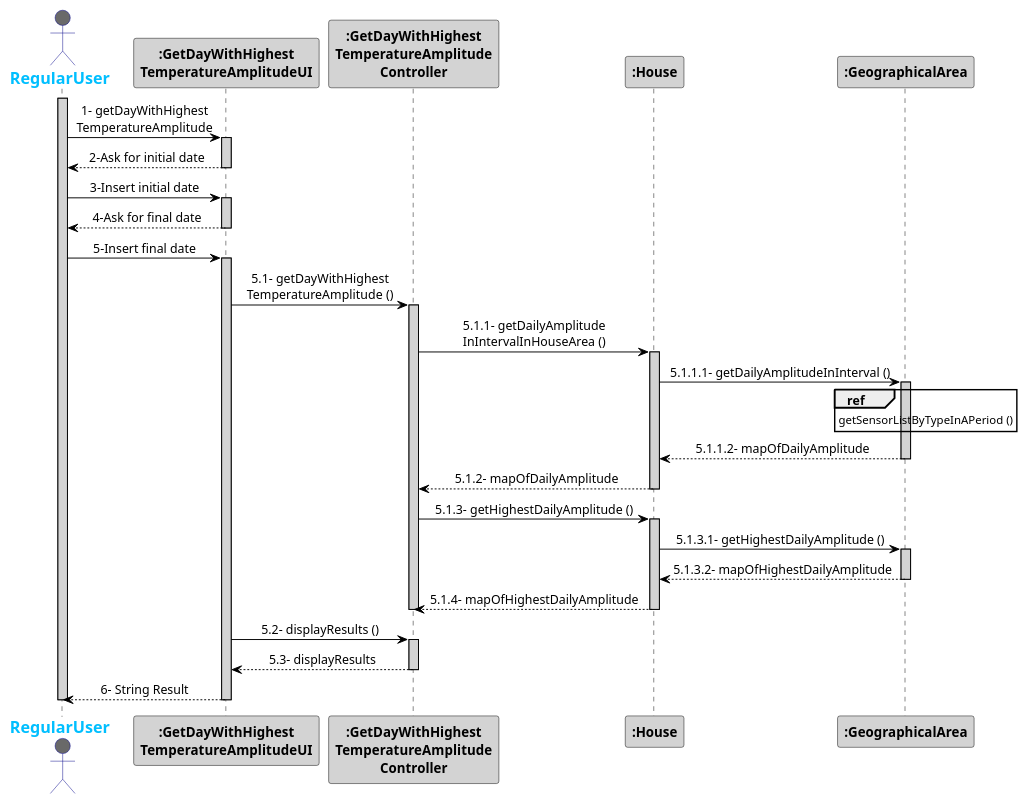
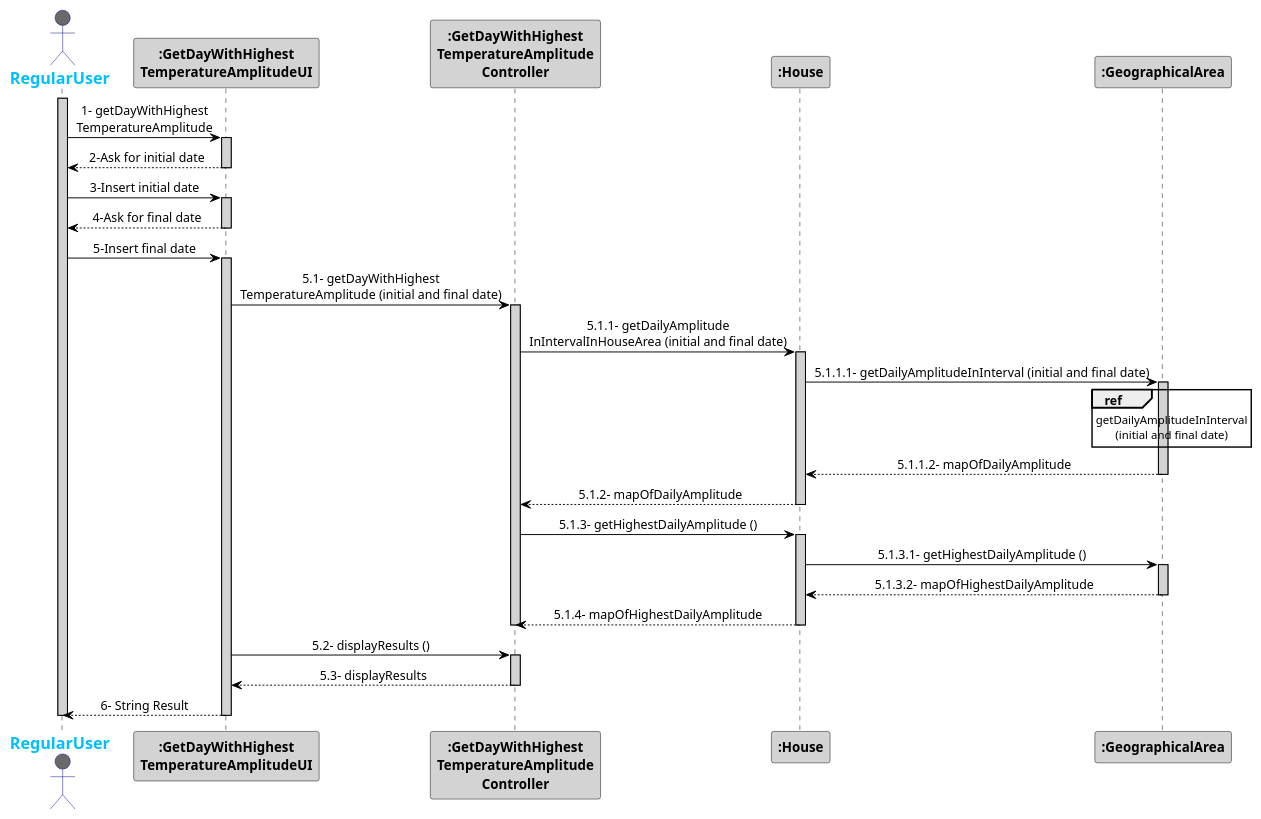
One commit to 1181687/hateoasToy changed the diagram in src/main/java/pt/ipp/isep/dei/project/controllers/getdaywithhighesttemperatureamplitudecontroller/SD_getDayWithHighestTemperatureAmplitude.puml. Above: the diagram before and after it, drawn with PlantUML. The commit also changed 6 other files, not shown here.

Commit message:
Fomatting changes to Sequence Diagrams and US files

```diff
--- a/src/main/java/pt/ipp/isep/dei/project/controllers/getdaywithhighesttemperatureamplitudecontroller/SD_getDayWithHighestTemperatureAmplitude.puml
+++ b/src/main/java/pt/ipp/isep/dei/project/controllers/getdaywithhighesttemperatureamplitudecontroller/SD_getDayWithHighestTemperatureAmplitude.puml
@@ -1,63 +1,64 @@
 @startuml
 skinparam sequenceMessageAlign center
 skinparam sequence {
 	ArrowColor Black
 	ActorBorderColor DarkBlue
 	LifeLineBorderColor black
 	LifeLineBackgroundColor LightGrey
 
 	ParticipantBorderColor Black
 	ParticipantBackgroundColor LightGrey
 	ParticipantFontStyle Bold
 
 	ActorBackgroundColor DimGrey
 	ActorFontColor DeepSkyBlue
 	ActorFontStyle Bold
 	ActorFontSize 17
 	ActorFontName Aapex
 }
 actor RegularUser
 activate RegularUser
 actor RegularUser
 RegularUser -> ":GetDayWithHighest\nTemperatureAmplitudeUI": 1- getDayWithHighest\nTemperatureAmplitude
 activate ":GetDayWithHighest\nTemperatureAmplitudeUI"
 
 ":GetDayWithHighest\nTemperatureAmplitudeUI" --> "RegularUser": 2-Ask for initial date
 deactivate ":GetDayWithHighest\nTemperatureAmplitudeUI"
 ":GetDayWithHighest\nTemperatureAmplitudeUI" <- "RegularUser": 3-Insert initial date
 activate ":GetDayWithHighest\nTemperatureAmplitudeUI"
 ":GetDayWithHighest\nTemperatureAmplitudeUI" --> "RegularUser": 4-Ask for final date
 deactivate ":GetDayWithHighest\nTemperatureAmplitudeUI"
 ":GetDayWithHighest\nTemperatureAmplitudeUI" <- "RegularUser": 5-Insert final date
 activate ":GetDayWithHighest\nTemperatureAmplitudeUI"
-":GetDayWithHighest\nTemperatureAmplitudeUI" -> ":GetDayWithHighest\nTemperatureAmplitude\nController": 5.1- getDayWithHighest\nTemperatureAmplitude ()
+":GetDayWithHighest\nTemperatureAmplitudeUI" -> ":GetDayWithHighest\nTemperatureAmplitude\nController": 5.1- getDayWithHighest\nTemperatureAmplitude (initial and final date)
 activate ":GetDayWithHighest\nTemperatureAmplitude\nController"
-":GetDayWithHighest\nTemperatureAmplitude\nController"-> ":House": 5.1.1- getDailyAmplitude\nInIntervalInHouseArea ()
+":GetDayWithHighest\nTemperatureAmplitude\nController"-> ":House": 5.1.1- getDailyAmplitude\nInIntervalInHouseArea (initial and final date)
 activate ":House"
-":House" -> ":GeographicalArea": 5.1.1.1- getDailyAmplitudeInInterval ()
+":House" -> ":GeographicalArea": 5.1.1.1- getDailyAmplitudeInInterval (initial and final date)
 activate ":GeographicalArea"
 ref over ":GeographicalArea"
-getSensorListByTypeInAPeriod ()
+getDailyAmplitudeInInterval
+(initial and final date)
 end
 ":House" <-- ":GeographicalArea": 5.1.1.2- mapOfDailyAmplitude
 deactivate ":GeographicalArea"
 ":GetDayWithHighest\nTemperatureAmplitude\nController"<-- ":House": 5.1.2- mapOfDailyAmplitude
 deactivate ":House"
 ":GetDayWithHighest\nTemperatureAmplitude\nController" -> ":House": 5.1.3- getHighestDailyAmplitude ()
 activate ":House"
 ":House" -> ":GeographicalArea": 5.1.3.1- getHighestDailyAmplitude ()
 activate ":GeographicalArea"
 ":House" <-- ":GeographicalArea": 5.1.3.2- mapOfHighestDailyAmplitude
 deactivate ":GeographicalArea"
 ":GetDayWithHighest\nTemperatureAmplitude\nController" <-- ":House": 5.1.4- mapOfHighestDailyAmplitude
 deactivate ":House"
 deactivate ":GetDayWithHighest\nTemperatureAmplitude\nController"
 ":GetDayWithHighest\nTemperatureAmplitudeUI" -> ":GetDayWithHighest\nTemperatureAmplitude\nController": 5.2- displayResults ()
 activate ":GetDayWithHighest\nTemperatureAmplitude\nController"
 ":GetDayWithHighest\nTemperatureAmplitudeUI" <-- ":GetDayWithHighest\nTemperatureAmplitude\nController": 5.3- displayResults
 deactivate ":GetDayWithHighest\nTemperatureAmplitude\nController"
 
 RegularUser <-- ":GetDayWithHighest\nTemperatureAmplitudeUI": 6- String Result
 deactivate ":GetDayWithHighest\nTemperatureAmplitudeUI"
 deactivate RegularUser
 @enduml
```
